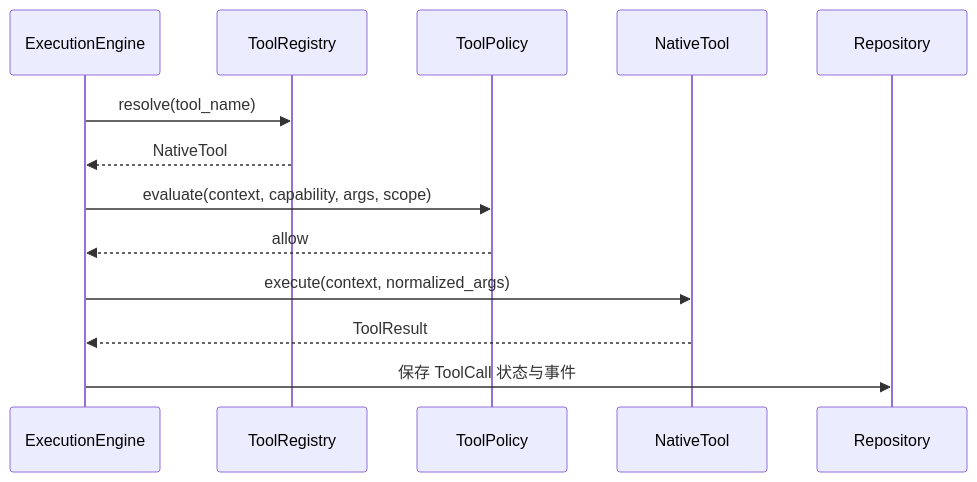
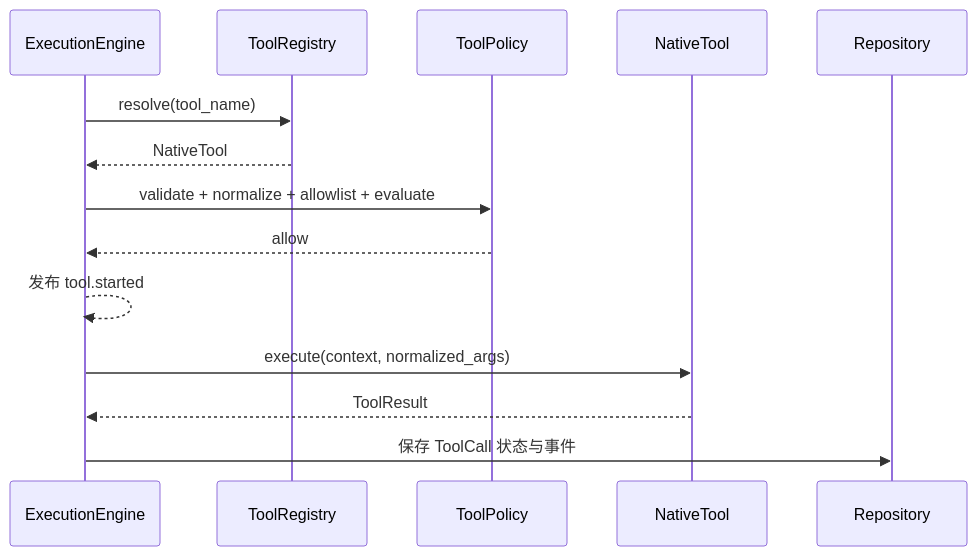
Before and after one commit to Mime-AL/MaigoKite: the second of 9 diagrams in docs/design/Sequence.md, drawn with Mermaid. The commit also changed other lines of this file and 76 other files, not shown here.

````diff
--- a/docs/design/Sequence.md
+++ b/docs/design/Sequence.md
@@ -41,16 +41,17 @@
 ```mermaid
 sequenceDiagram
     participant E as ExecutionEngine
     participant R as ToolRegistry
     participant P as ToolPolicy
     participant T as NativeTool
     participant DB as Repository
 
     E->>R: resolve(tool_name)
     R-->>E: NativeTool
-    E->>P: evaluate(context, capability, args, scope)
+    E->>P: validate + normalize + allowlist + evaluate
     P-->>E: allow
+    E-->>E: 发布 tool.started
     E->>T: execute(context, normalized_args)
     T-->>E: ToolResult
     E->>DB: 保存 ToolCall 状态与事件
 ```
````
